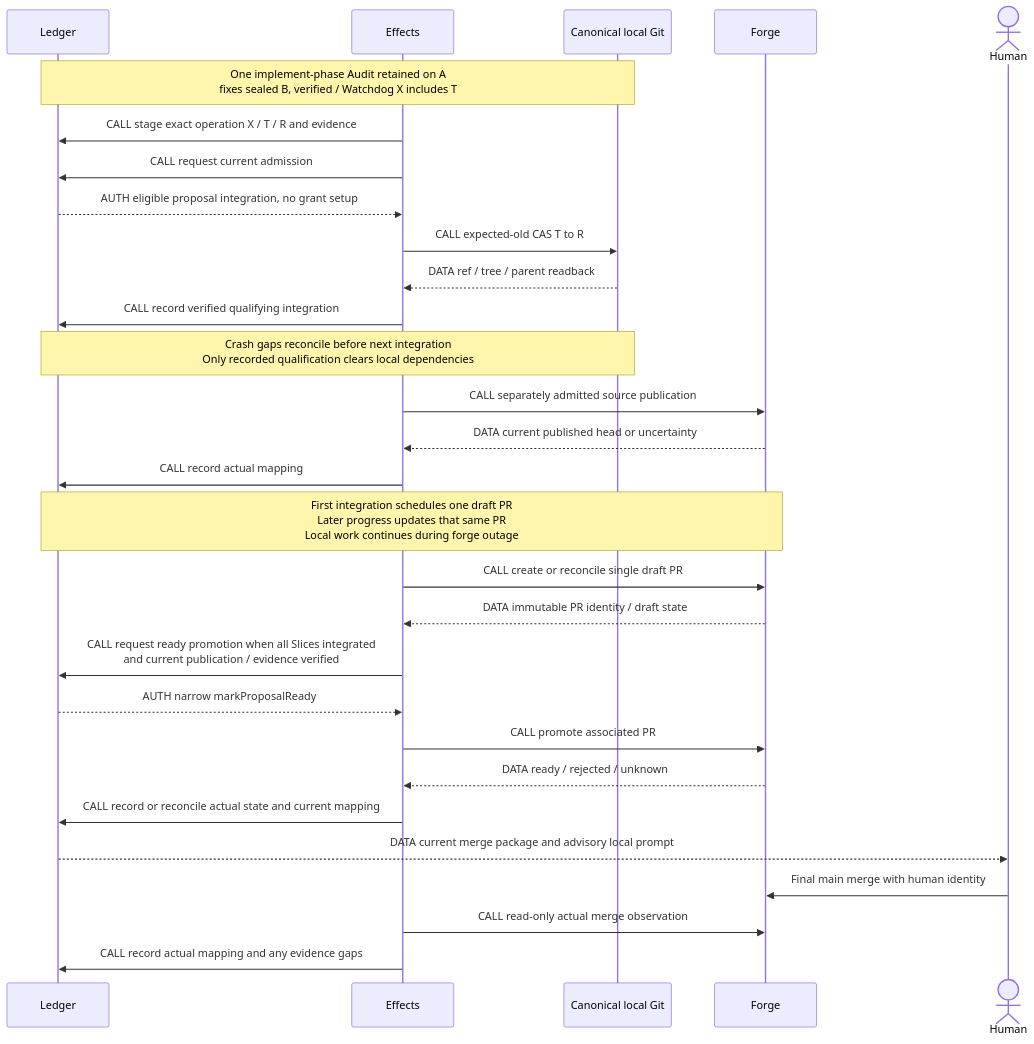
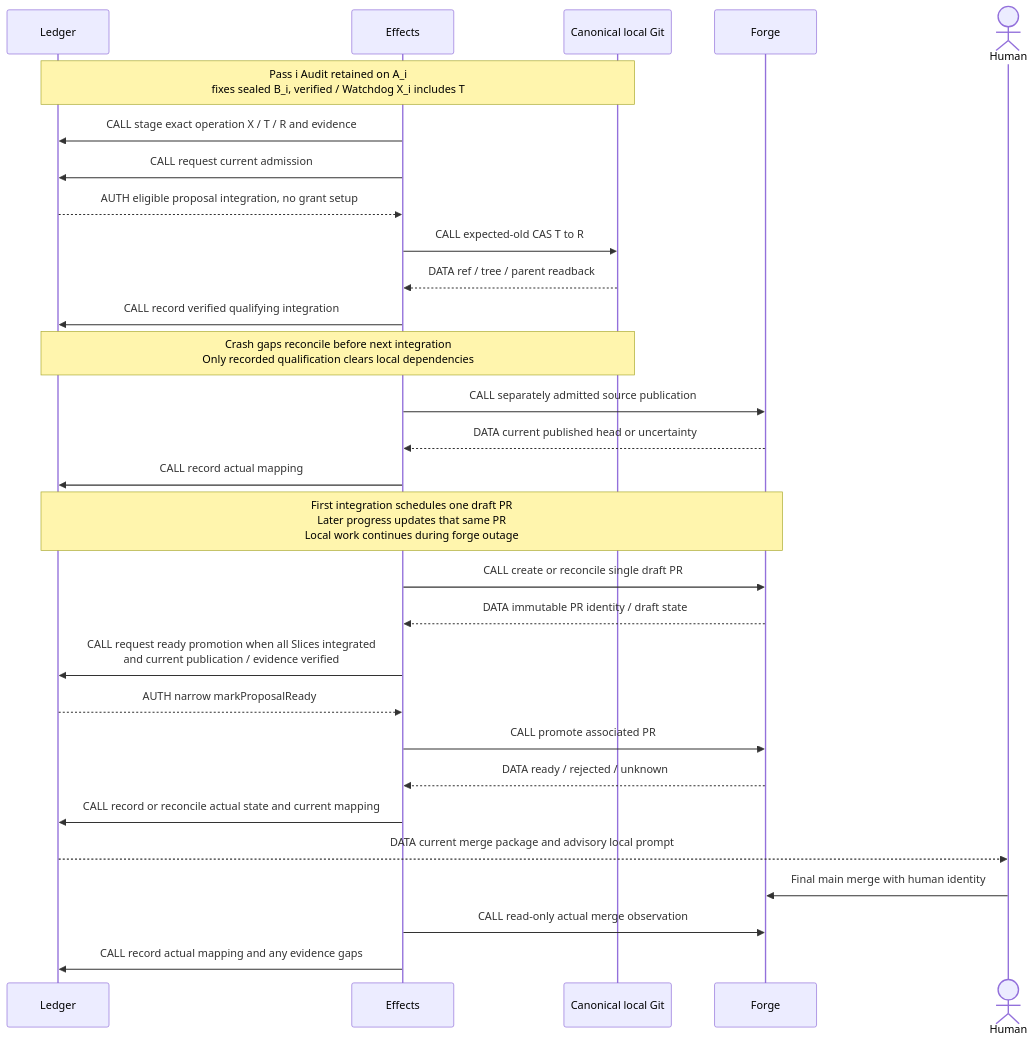
One commit to vicrdguez/render changed diagram 11 of 13 in docs/spec.md. Above: the diagram before and after it, drawn with Mermaid. The commit also changed other lines of this file, not shown here.

````diff
--- a/docs/spec.md
+++ b/docs/spec.md
@@ -1118,31 +1141,31 @@
 ```mermaid
 sequenceDiagram
     participant R as Ledger
     participant E as Effects
     participant L as Canonical local Git
     participant G as Forge
     actor H as Human
-    Note over R,L: One implement-phase Audit retained on A<br/>fixes sealed B, verified / Watchdog X includes T
+    Note over R,L: Pass i Audit retained on A_i<br/>fixes sealed B_i, verified / Watchdog X_i includes T
     E->>R: CALL stage exact operation X / T / R and evidence
     E->>R: CALL request current admission
     R-->>E: AUTH eligible proposal integration, no grant setup
     E->>L: CALL expected-old CAS T to R
     L-->>E: DATA ref / tree / parent readback
     E->>R: CALL record verified qualifying integration
     Note over R,L: Crash gaps reconcile before next integration<br/>Only recorded qualification clears local dependencies
     E->>G: CALL separately admitted source publication
     G-->>E: DATA current published head or uncertainty
     E->>R: CALL record actual mapping
     Note over R,G: First integration schedules one draft PR<br/>Later progress updates that same PR<br/>Local work continues during forge outage
     E->>G: CALL create or reconcile single draft PR
     G-->>E: DATA immutable PR identity / draft state
     E->>R: CALL request ready promotion when all Slices integrated<br/>and current publication / evidence verified
     R-->>E: AUTH narrow markProposalReady
     E->>G: CALL promote associated PR
     G-->>E: DATA ready / rejected / unknown
     E->>R: CALL record or reconcile actual state and current mapping
     R-->>H: DATA current merge package and advisory local prompt
     H->>G: Final main merge with human identity
     E->>G: CALL read-only actual merge observation
     E->>R: CALL record actual mapping and any evidence gaps
 ```
````
